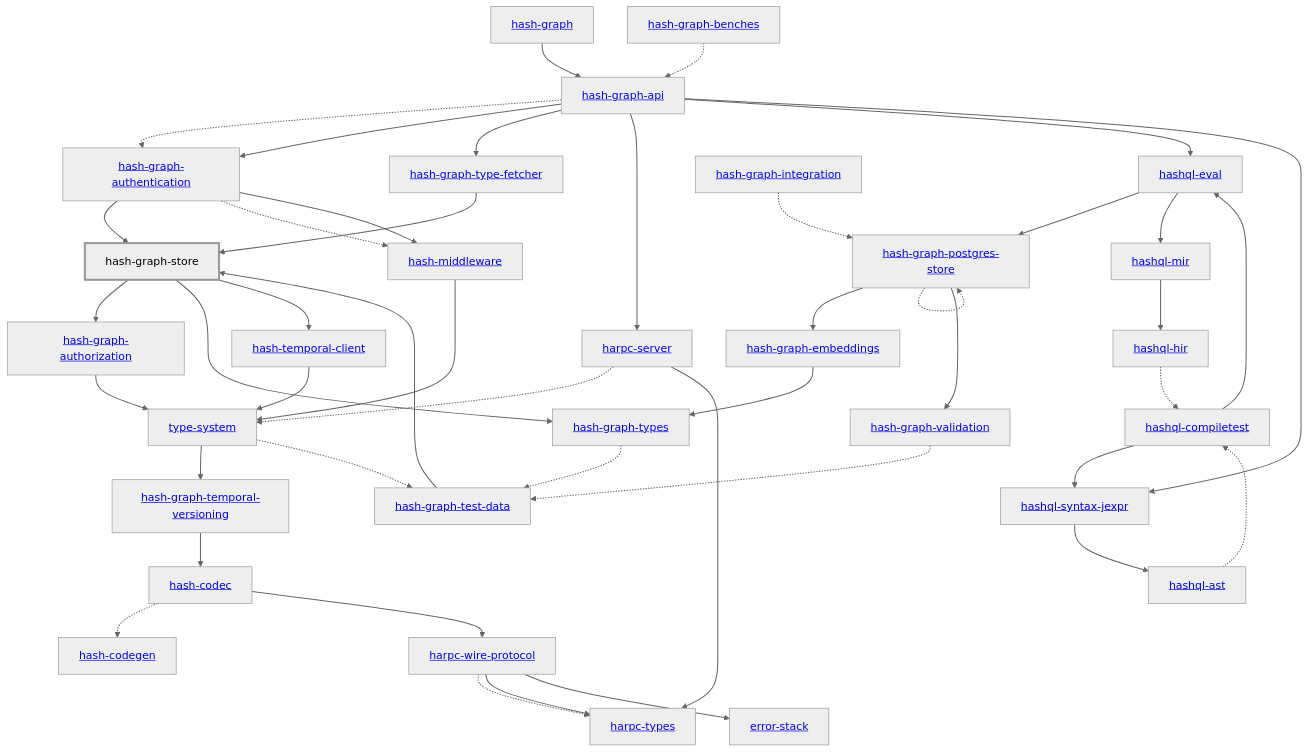
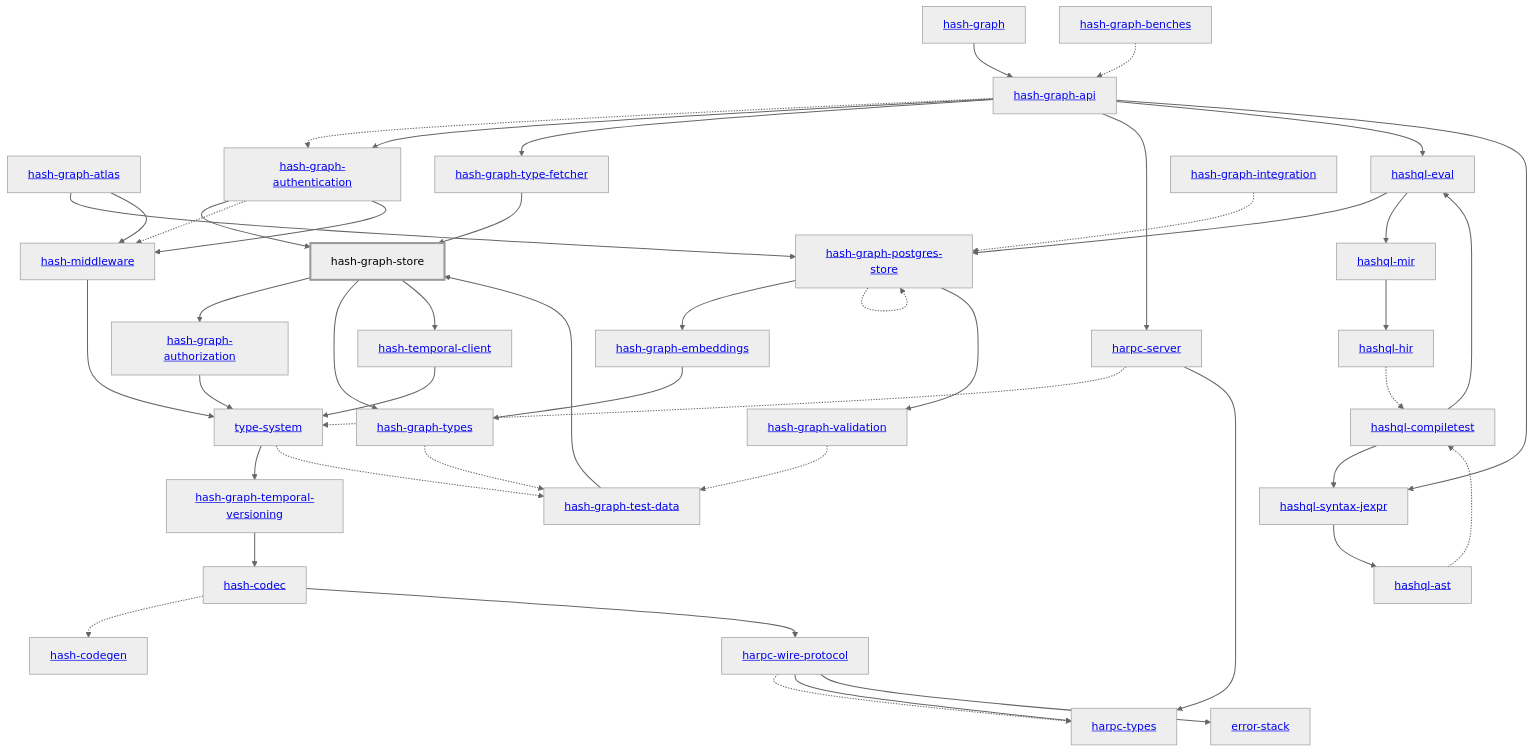
The diagram in libs/@local/graph/store/rust/docs/dependency-diagram.mmd (hashintel/hash), drawn with Mermaid (neutral theme) before and after one commit. The commit also changed 647 other files, not shown here.

Commit message:
BE-782: Fit 2D semantic maps over graph entities and serve them as tiles (#9305)

```diff
--- a/libs/@local/graph/store/rust/docs/dependency-diagram.mmd
+++ b/libs/@local/graph/store/rust/docs/dependency-diagram.mmd
@@ -1,84 +1,87 @@
 graph TD
     linkStyle default stroke-width:1.5px
     classDef default stroke-width:1px
     classDef root stroke-width:3px
     classDef dev stroke-width:1px
     classDef build stroke-width:1px
     %% Legend
     %% --> : Normal dependency
     %% -.-> : Dev dependency
     %% ---> : Build dependency
     0[<a href="../hash_graph/index.html">hash-graph</a>]
     1[<a href="../type_system/index.html">type-system</a>]
     2[<a href="../hash_codec/index.html">hash-codec</a>]
     3[<a href="../hash_codegen/index.html">hash-codegen</a>]
     4[<a href="../hash_graph_api/index.html">hash-graph-api</a>]
-    5[<a href="../hash_graph_authentication/index.html">hash-graph-authentication</a>]
-    6[<a href="../hash_graph_authorization/index.html">hash-graph-authorization</a>]
-    7[<a href="../hash_graph_embeddings/index.html">hash-graph-embeddings</a>]
-    8[<a href="../hash_graph_postgres_store/index.html">hash-graph-postgres-store</a>]
-    9[hash-graph-store]
-    class 9 root
-    10[<a href="../hash_graph_temporal_versioning/index.html">hash-graph-temporal-versioning</a>]
-    11[<a href="../hash_graph_type_fetcher/index.html">hash-graph-type-fetcher</a>]
-    12[<a href="../hash_graph_types/index.html">hash-graph-types</a>]
-    13[<a href="../hash_graph_validation/index.html">hash-graph-validation</a>]
-    14[<a href="../harpc_server/index.html">harpc-server</a>]
-    15[<a href="../harpc_types/index.html">harpc-types</a>]
-    16[<a href="../harpc_wire_protocol/index.html">harpc-wire-protocol</a>]
-    17[<a href="../hashql_ast/index.html">hashql-ast</a>]
-    18[<a href="../hashql_compiletest/index.html">hashql-compiletest</a>]
-    19[<a href="../hashql_eval/index.html">hashql-eval</a>]
-    20[<a href="../hashql_hir/index.html">hashql-hir</a>]
-    21[<a href="../hashql_mir/index.html">hashql-mir</a>]
-    22[<a href="../hashql_syntax_jexpr/index.html">hashql-syntax-jexpr</a>]
-    23[<a href="../hash_middleware/index.html">hash-middleware</a>]
-    24[<a href="../hash_temporal_client/index.html">hash-temporal-client</a>]
-    25[<a href="../error_stack/index.html">error-stack</a>]
-    26[<a href="../hash_graph_benches/index.html">hash-graph-benches</a>]
-    27[<a href="../hash_graph_integration/index.html">hash-graph-integration</a>]
-    28[<a href="../hash_graph_test_data/index.html">hash-graph-test-data</a>]
+    5[<a href="../hash_graph_atlas/index.html">hash-graph-atlas</a>]
+    6[<a href="../hash_graph_authentication/index.html">hash-graph-authentication</a>]
+    7[<a href="../hash_graph_authorization/index.html">hash-graph-authorization</a>]
+    8[<a href="../hash_graph_embeddings/index.html">hash-graph-embeddings</a>]
+    9[<a href="../hash_graph_postgres_store/index.html">hash-graph-postgres-store</a>]
+    10[hash-graph-store]
+    class 10 root
+    11[<a href="../hash_graph_temporal_versioning/index.html">hash-graph-temporal-versioning</a>]
+    12[<a href="../hash_graph_type_fetcher/index.html">hash-graph-type-fetcher</a>]
+    13[<a href="../hash_graph_types/index.html">hash-graph-types</a>]
+    14[<a href="../hash_graph_validation/index.html">hash-graph-validation</a>]
+    15[<a href="../harpc_server/index.html">harpc-server</a>]
+    16[<a href="../harpc_types/index.html">harpc-types</a>]
+    17[<a href="../harpc_wire_protocol/index.html">harpc-wire-protocol</a>]
+    18[<a href="../hashql_ast/index.html">hashql-ast</a>]
+    19[<a href="../hashql_compiletest/index.html">hashql-compiletest</a>]
+    20[<a href="../hashql_eval/index.html">hashql-eval</a>]
+    21[<a href="../hashql_hir/index.html">hashql-hir</a>]
+    22[<a href="../hashql_mir/index.html">hashql-mir</a>]
+    23[<a href="../hashql_syntax_jexpr/index.html">hashql-syntax-jexpr</a>]
+    24[<a href="../hash_middleware/index.html">hash-middleware</a>]
+    25[<a href="../hash_temporal_client/index.html">hash-temporal-client</a>]
+    26[<a href="../error_stack/index.html">error-stack</a>]
+    27[<a href="../hash_graph_benches/index.html">hash-graph-benches</a>]
+    28[<a href="../hash_graph_integration/index.html">hash-graph-integration</a>]
+    29[<a href="../hash_graph_test_data/index.html">hash-graph-test-data</a>]
     0 --> 4
-    1 --> 10
-    1 -.-> 28
+    1 --> 11
+    1 -.-> 29
     2 -.-> 3
-    2 --> 16
-    4 -.-> 5
-    4 --> 5
-    4 --> 11
-    4 --> 14
-    4 --> 19
-    4 --> 22
+    2 --> 17
+    4 -.-> 6
+    4 --> 6
+    4 --> 12
+    4 --> 15
+    4 --> 20
+    4 --> 23
     5 --> 9
-    5 -.-> 23
-    5 --> 23
-    6 --> 1
-    7 --> 12
-    8 --> 7
-    8 -.-> 8
+    5 --> 24
+    6 --> 10
+    6 -.-> 24
+    6 --> 24
+    7 --> 1
     8 --> 13
-    9 --> 6
-    9 --> 12
-    9 --> 24
-    10 --> 2
-    11 --> 9
-    12 -.-> 28
-    13 -.-> 28
-    14 -.-> 1
-    14 --> 15
-    16 -.-> 15
-    16 --> 15
-    16 --> 25
-    17 -.-> 18
-    18 --> 19
-    18 --> 22
-    19 --> 8
-    19 --> 21
-    20 -.-> 18
-    21 --> 20
-    22 --> 17
-    23 --> 1
+    9 --> 8
+    9 -.-> 9
+    9 --> 14
+    10 --> 7
+    10 --> 13
+    10 --> 25
+    11 --> 2
+    12 --> 10
+    13 -.-> 29
+    14 -.-> 29
+    15 -.-> 1
+    15 --> 16
+    17 -.-> 16
+    17 --> 16
+    17 --> 26
+    18 -.-> 19
+    19 --> 20
+    19 --> 23
+    20 --> 9
+    20 --> 22
+    21 -.-> 19
+    22 --> 21
+    23 --> 18
     24 --> 1
-    26 -.-> 4
-    27 -.-> 8
-    28 --> 9
+    25 --> 1
+    27 -.-> 4
+    28 -.-> 9
+    29 --> 10
```
